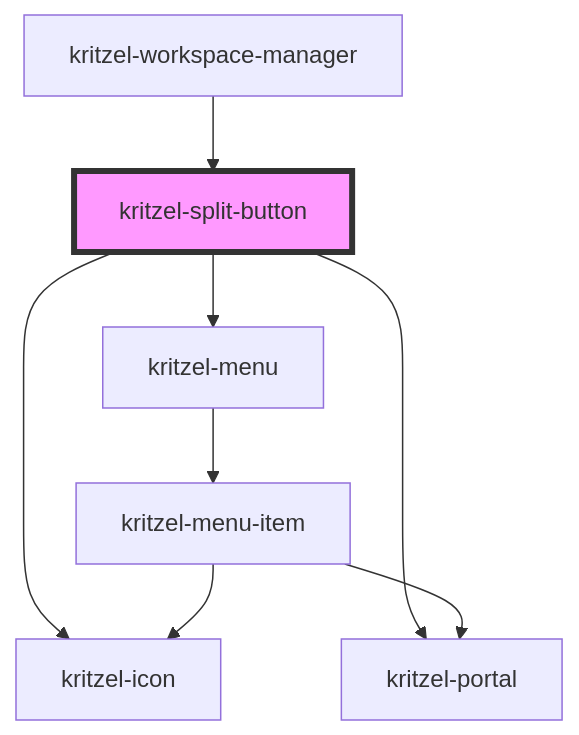
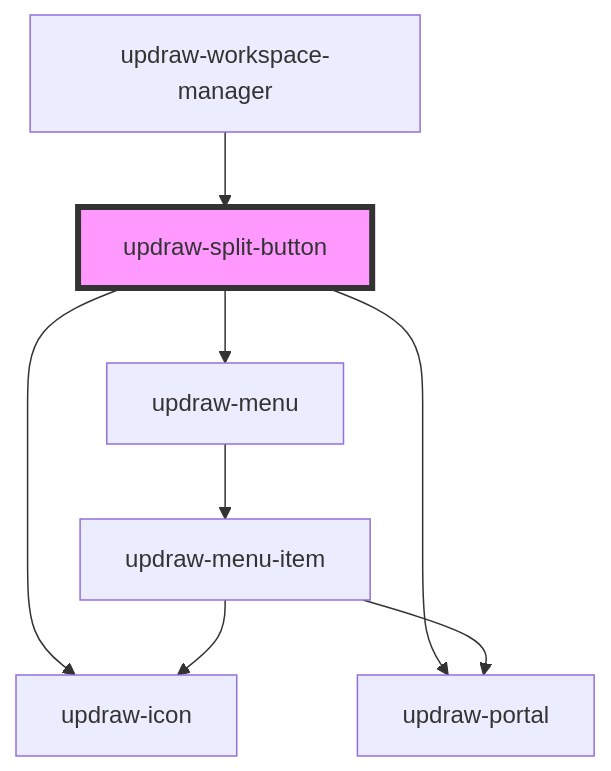
Before and after one commit to kasual1/kritzel: the diagram in libs/editor/core/src/components/updraw-split-button/readme.md, drawn with Mermaid. The commit also changed other lines of this file and 1129 other files, not shown here.

First line of the commit message:
Replace kritzel with updraw across the codebase

````diff
--- a/libs/editor/core/src/components/updraw-split-button/readme.md
+++ b/libs/editor/core/src/components/updraw-split-button/readme.md
@@ -79,11 +79,11 @@
 ```mermaid
 graph TD;
-  kritzel-split-button --> kritzel-icon
-  kritzel-split-button --> kritzel-portal
-  kritzel-split-button --> kritzel-menu
-  kritzel-menu --> kritzel-menu-item
-  kritzel-menu-item --> kritzel-icon
-  kritzel-menu-item --> kritzel-portal
-  kritzel-workspace-manager --> kritzel-split-button
-  style kritzel-split-button fill:#f9f,stroke:#333,stroke-width:4px
+  updraw-split-button --> updraw-icon
+  updraw-split-button --> updraw-portal
+  updraw-split-button --> updraw-menu
+  updraw-menu --> updraw-menu-item
+  updraw-menu-item --> updraw-icon
+  updraw-menu-item --> updraw-portal
+  updraw-workspace-manager --> updraw-split-button
+  style updraw-split-button fill:#f9f,stroke:#333,stroke-width:4px
 ```
````
